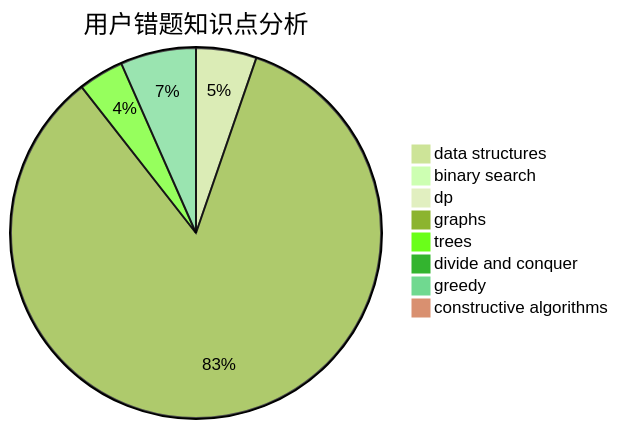
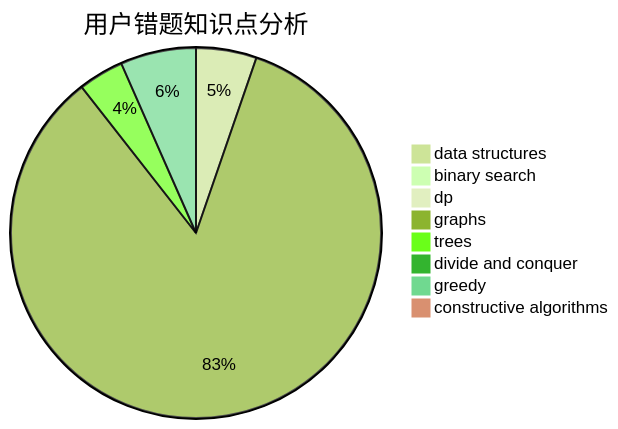
Before and after one commit to sherpahu/cfrs.github.io: the third of 3 diagrams in docs/user/u2146.md, drawn with Mermaid (forest theme). The commit also changed other lines of this file and 2770 other files, not shown here.

````diff
--- a/docs/user/u2146.md
+++ b/docs/user/u2146.md
@@ -36,11 +36,11 @@
 ```mermaid
 pie title 用户错题知识点分析
     "data structures" :  12
-    "binary search" :  0
+    "binary search" :  2
     "dp" :  2
     "graphs" :  191
     "trees" :  9
     "divide and conquer" :  0
     "greedy" :  15
     "constructive algorithms" :  0
 ```
````
